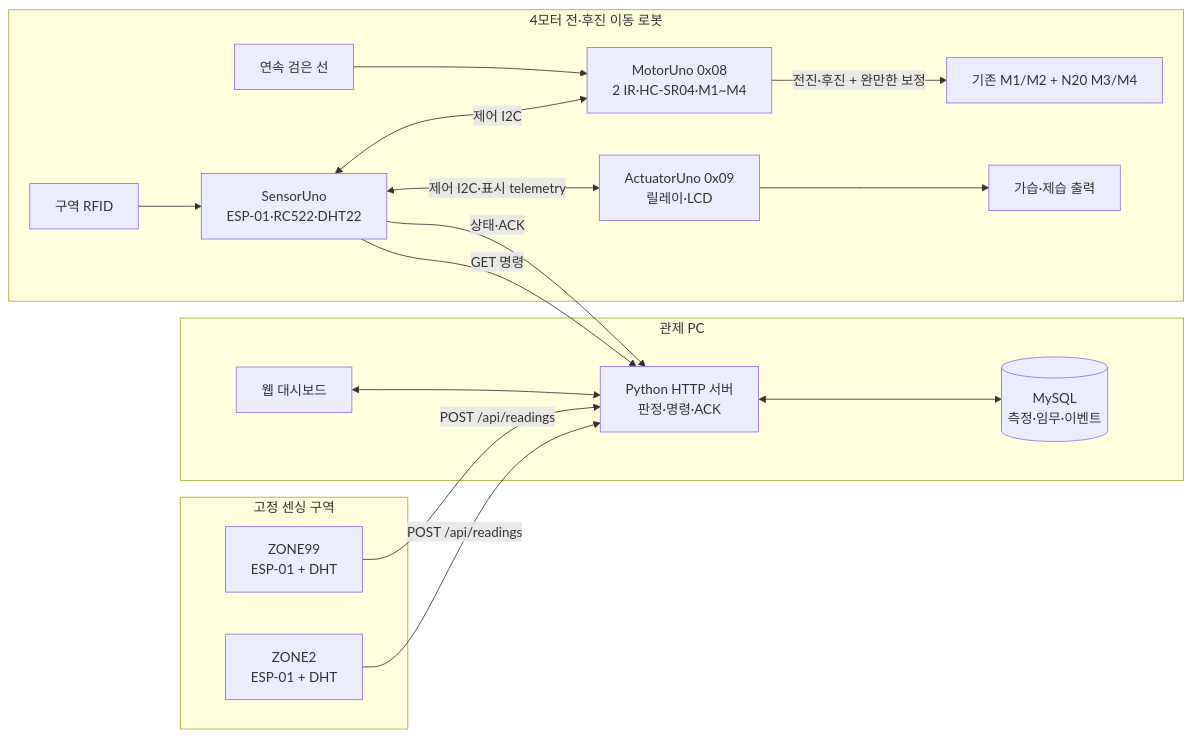
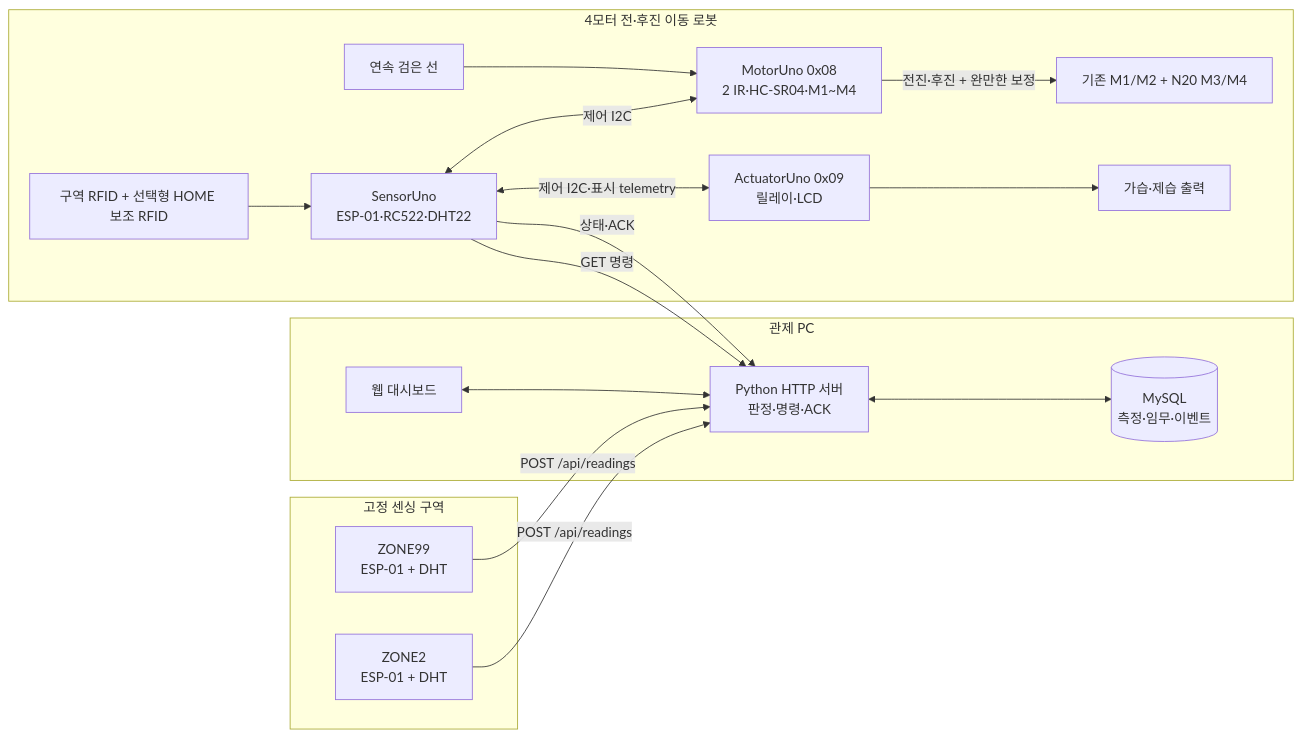
One commit to oioihoihoih/mobile-humidity-control-robot changed the first of 2 diagrams in docs/architecture.md. Above: the diagram before and after it, drawn with Mermaid. The commit also changed other lines of this file and 18 other files, not shown here.

Commit message:
Add private HOME RFID registration and return detection

````diff
--- a/docs/architecture.md
+++ b/docs/architecture.md
@@ -7,36 +7,36 @@
 ```mermaid
 flowchart LR
     subgraph ZONES[고정 센싱 구역]
         Z2[ZONE2<br/>ESP-01 + DHT]
         Z99[ZONE99<br/>ESP-01 + DHT]
     end
 
     subgraph SERVER[관제 PC]
         API[Python HTTP 서버<br/>판정·명령·ACK]
         DB[(MySQL<br/>측정·임무·이벤트)]
         UI[웹 대시보드]
     end
 
     subgraph ROBOT[4모터 전·후진 이동 로봇]
         SENSOR[SensorUno<br/>ESP-01·RC522·DHT22]
         MOTOR[MotorUno 0x08<br/>2 IR·HC-SR04·M1~M4]
         ACT[ActuatorUno 0x09<br/>릴레이·LCD]
         TRACK[연속 검은 선]
-        TAGS[구역 RFID]
+        TAGS[구역 RFID + 선택형 HOME 보조 RFID]
         WHEELS[기존 M1/M2 + N20 M3/M4]
         LOADS[가습·제습 출력]
     end
 
     Z2 -->|POST /api/readings| API
     Z99 -->|POST /api/readings| API
     API <--> DB
     UI <--> API
     SENSOR -->|GET 명령| API
     SENSOR -->|상태·ACK| API
     SENSOR <-->|제어 I2C| MOTOR
     SENSOR <-->|제어 I2C·표시 telemetry| ACT
     TRACK --> MOTOR
     TAGS --> SENSOR
     MOTOR -->|전진·후진 + 완만한 보정| WHEELS
     ACT --> LOADS
 ```
````
